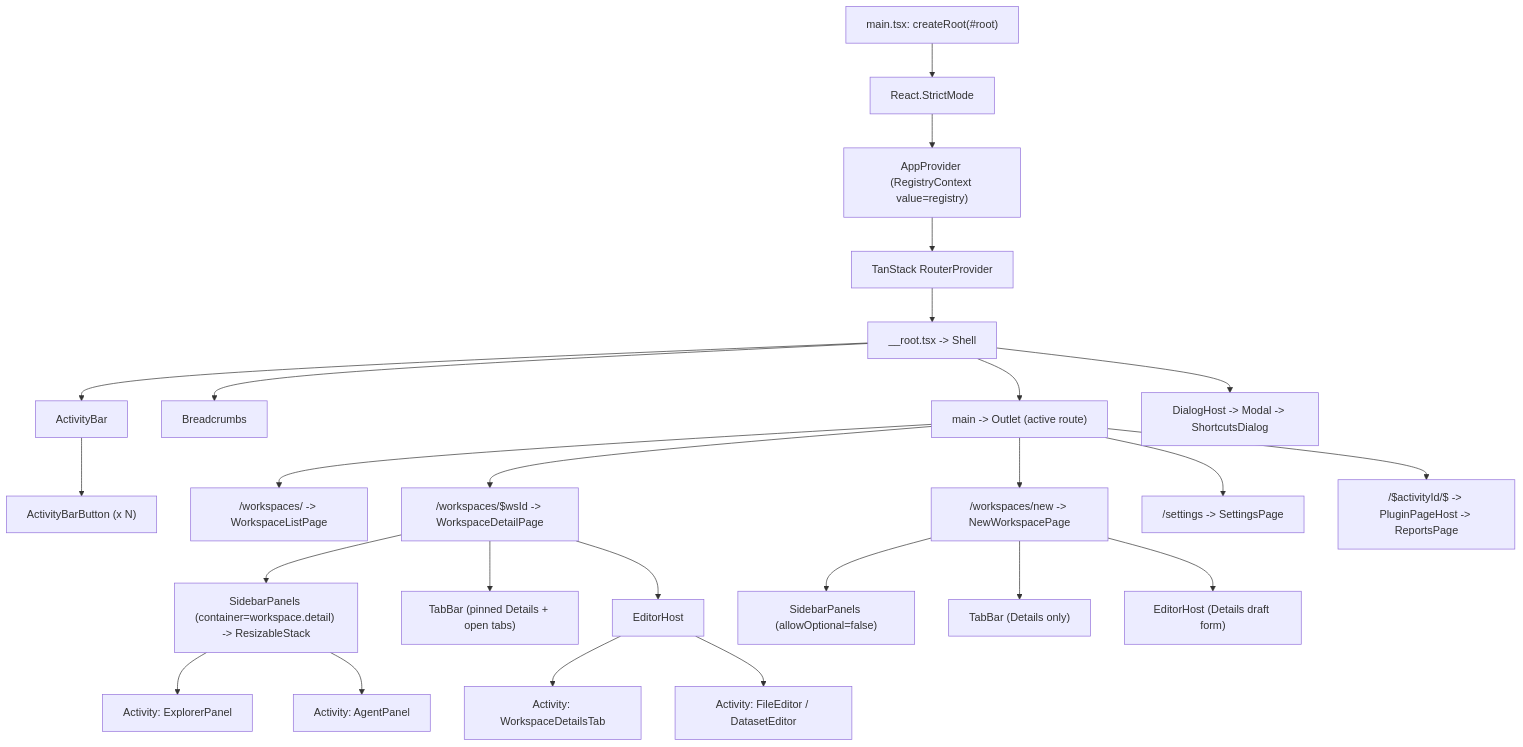
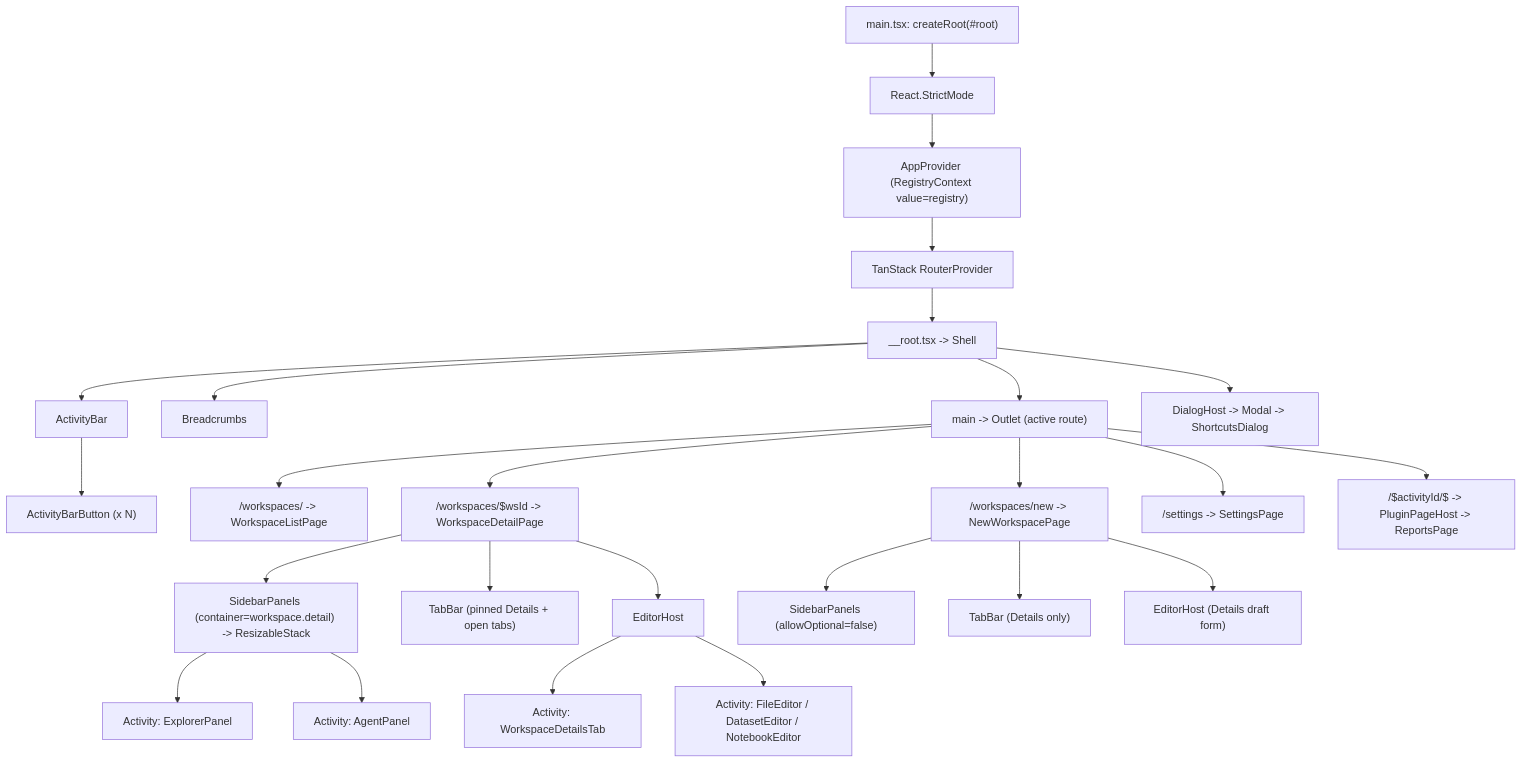
One commit to ppongtong/ide-shell changed the first of 12 diagrams in docs/DESIGN.md. Above: the diagram before and after it, drawn with Mermaid. The commit also changed other lines of this file and 8 other files, not shown here.

````diff
--- a/docs/DESIGN.md
+++ b/docs/DESIGN.md
@@ -57,34 +57,34 @@
 ```mermaid
 flowchart TD
     Main["main.tsx: createRoot(#root)"] --> Strict["React.StrictMode"]
     Strict --> AppProvider["AppProvider (RegistryContext value=registry)"]
     AppProvider --> RouterProvider["TanStack RouterProvider"]
     RouterProvider --> Root["__root.tsx -> Shell"]
 
     Root --> ActivityBar["ActivityBar"]
     Root --> Breadcrumbs["Breadcrumbs"]
     Root --> Outlet["main -> Outlet (active route)"]
     Root --> DialogHost["DialogHost -> Modal -> ShortcutsDialog"]
 
     ActivityBar --> ActivityBtn["ActivityBarButton (x N)"]
 
     Outlet --> ListPage["/workspaces/ -> WorkspaceListPage"]
     Outlet --> NewPage["/workspaces/new -> NewWorkspacePage"]
     Outlet --> DetailPage["/workspaces/$wsId -> WorkspaceDetailPage"]
     Outlet --> SettingsPage["/settings -> SettingsPage"]
     Outlet --> PluginHost["/$activityId/$ -> PluginPageHost -> ReportsPage"]
 
     DetailPage --> Sidebar["SidebarPanels (container=workspace.detail) -> ResizableStack"]
     DetailPage --> TabBar["TabBar (pinned Details + open tabs)"]
     DetailPage --> EditorHost["EditorHost"]
 
     NewPage --> SidebarDraft["SidebarPanels (allowOptional=false)"]
     NewPage --> TabBarDraft["TabBar (Details only)"]
     NewPage --> EditorDraft["EditorHost (Details draft form)"]
 
     Sidebar --> ActExp["Activity: ExplorerPanel"]
     Sidebar --> ActAg["Activity: AgentPanel"]
 
     EditorHost --> ActDet["Activity: WorkspaceDetailsTab"]
-    EditorHost --> ActEd["Activity: FileEditor / DatasetEditor"]
+    EditorHost --> ActEd["Activity: FileEditor / DatasetEditor / NotebookEditor"]
 ```
````
